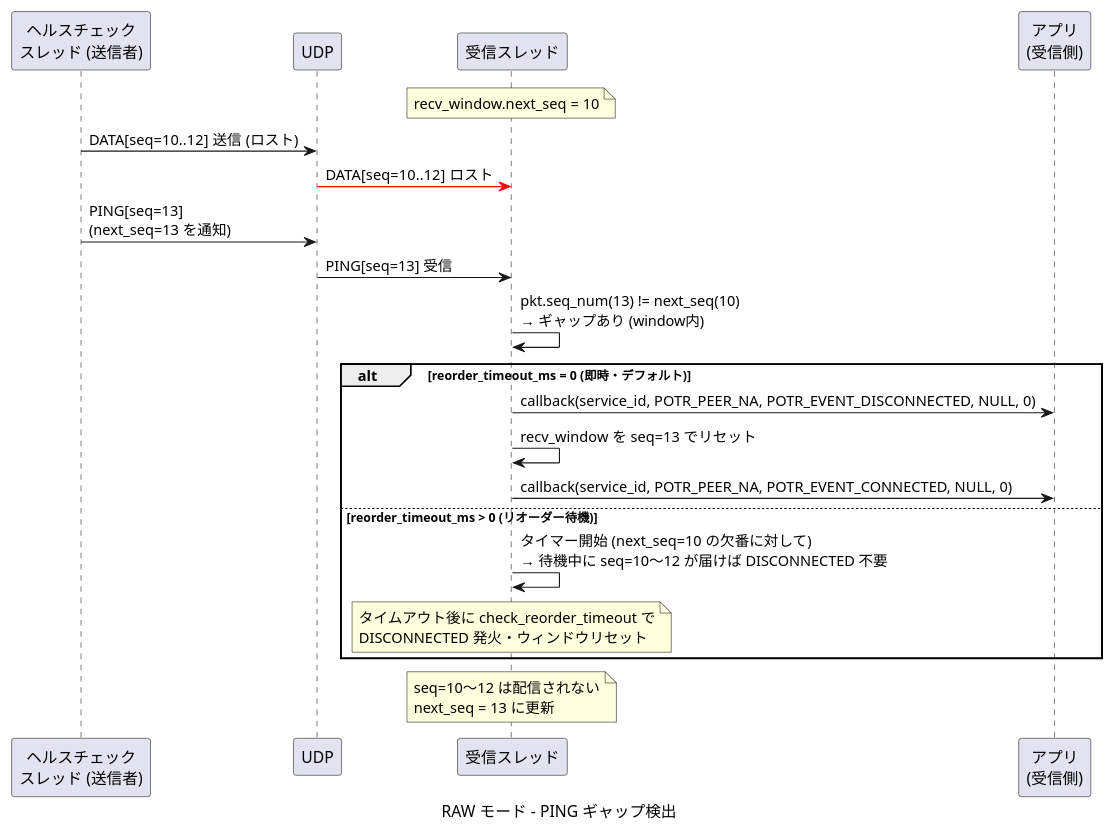
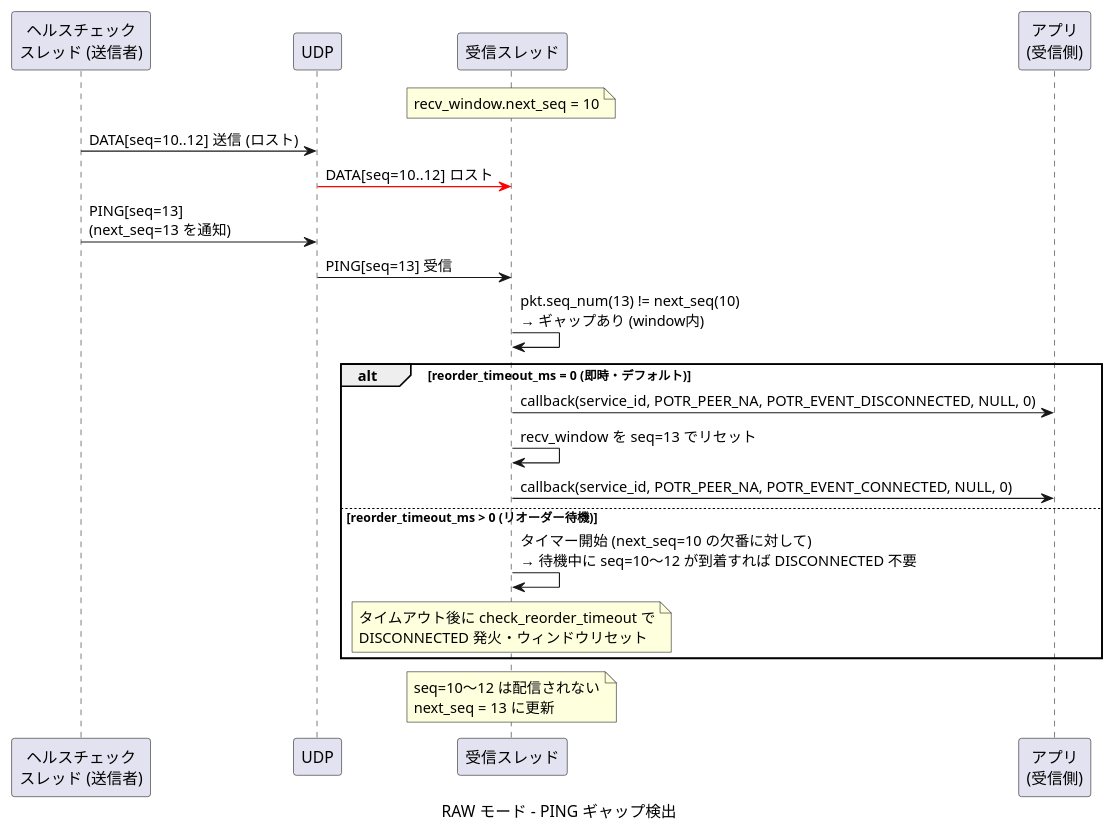
The ninth of 9 diagrams in docs/sequence-data.md (Hondarer/app_porter), drawn with PlantUML before and after one commit. The commit also changed other lines of this file and 39 other files, not shown here.

````diff
--- a/docs/sequence-data.md
+++ b/docs/sequence-data.md
@@ -333,32 +333,32 @@
 ```plantuml
 @startuml RAW モード - PING ギャップ検出
 caption RAW モード - PING ギャップ検出
 
 participant "ヘルスチェック\nスレッド (送信者)" as HT
 participant "UDP" as UDP
 participant "受信スレッド" as RRT
 participant "アプリ\n(受信側)" as RAPP
 
 note over RRT: recv_window.next_seq = 10
 
 HT -> UDP: DATA[seq=10..12] 送信 (ロスト)
 UDP -[#red]> RRT: DATA[seq=10..12] ロスト
 
 HT -> UDP: PING[seq=13]\n(next_seq=13 を通知)
 UDP -> RRT: PING[seq=13] 受信
 
 RRT -> RRT: pkt.seq_num(13) != next_seq(10)\n→ ギャップあり (window内)
 
 alt reorder_timeout_ms = 0 (即時・デフォルト)
   RRT -> RAPP: callback(service_id, POTR_PEER_NA, POTR_EVENT_DISCONNECTED, NULL, 0)
   RRT -> RRT: recv_window を seq=13 でリセット
   RRT -> RAPP: callback(service_id, POTR_PEER_NA, POTR_EVENT_CONNECTED, NULL, 0)
 else reorder_timeout_ms > 0 (リオーダー待機)
-  RRT -> RRT: タイマー開始 (next_seq=10 の欠番に対して)\n→ 待機中に seq=10〜12 が届けば DISCONNECTED 不要
+  RRT -> RRT: タイマー開始 (next_seq=10 の欠番に対して)\n→ 待機中に seq=10〜12 が到着すれば DISCONNECTED 不要
   note over RRT: タイムアウト後に check_reorder_timeout で\nDISCONNECTED 発火・ウィンドウリセット
 end
 
 note over RRT: seq=10〜12 は配信されない\nnext_seq = 13 に更新
 
 @enduml
 ```
````
